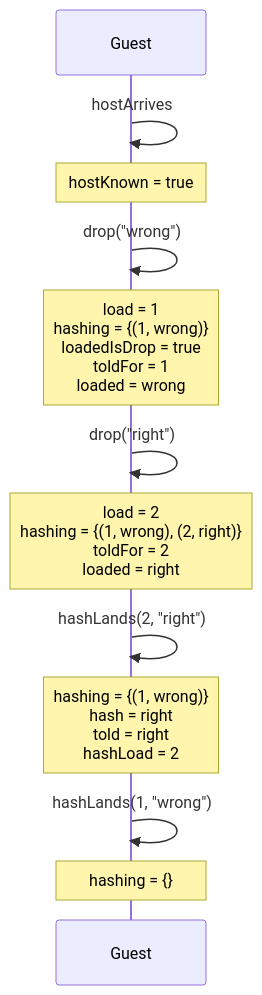
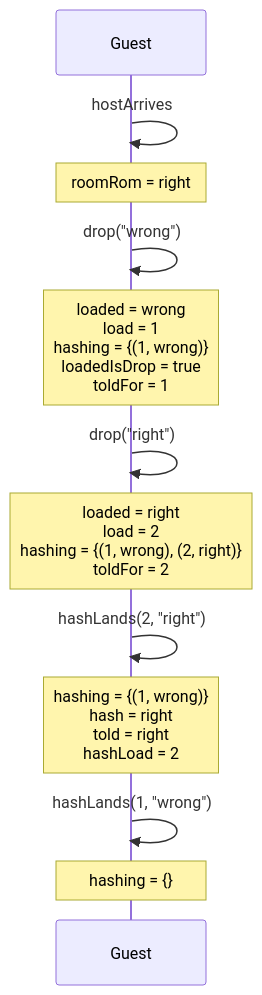
One commit to kwilson21/kaillera-next changed diagram 21 of 25 in docs/spec-traces.md. Above: the diagram before and after it, drawn with Mermaid. The commit also changed other lines of this file and 21 other files, not shown here.

````diff
--- a/docs/spec-traces.md
+++ b/docs/spec-traces.md
@@ -589,14 +589,14 @@
 ```mermaid
 sequenceDiagram
   participant Guest
   Guest->>Guest: hostArrives
-  Note over Guest: hostKnown = true
+  Note over Guest: roomRom = right
   Guest->>Guest: drop("wrong")
-  Note over Guest: load = 1<br/>hashing = {(1, wrong)}<br/>loadedIsDrop = true<br/>toldFor = 1<br/>loaded = wrong
+  Note over Guest: loaded = wrong<br/>load = 1<br/>hashing = {(1, wrong)}<br/>loadedIsDrop = true<br/>toldFor = 1
   Guest->>Guest: drop("right")
-  Note over Guest: load = 2<br/>hashing = {(1, wrong), (2, right)}<br/>toldFor = 2<br/>loaded = right
+  Note over Guest: loaded = right<br/>load = 2<br/>hashing = {(1, wrong), (2, right)}<br/>toldFor = 2
   Guest->>Guest: hashLands(2, "right")
   Note over Guest: hashing = {(1, wrong)}<br/>hash = right<br/>told = right<br/>hashLoad = 2
   Guest->>Guest: hashLands(1, "wrong")
   Note over Guest: hashing = {}
 ```
````
